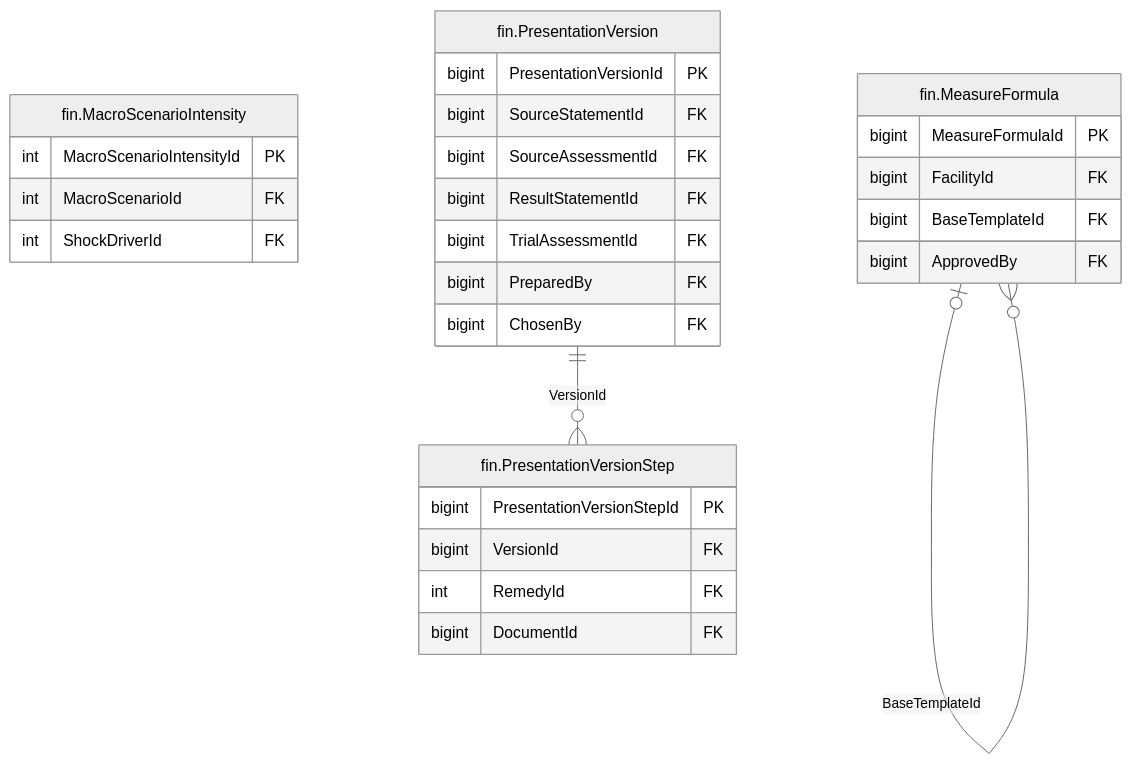
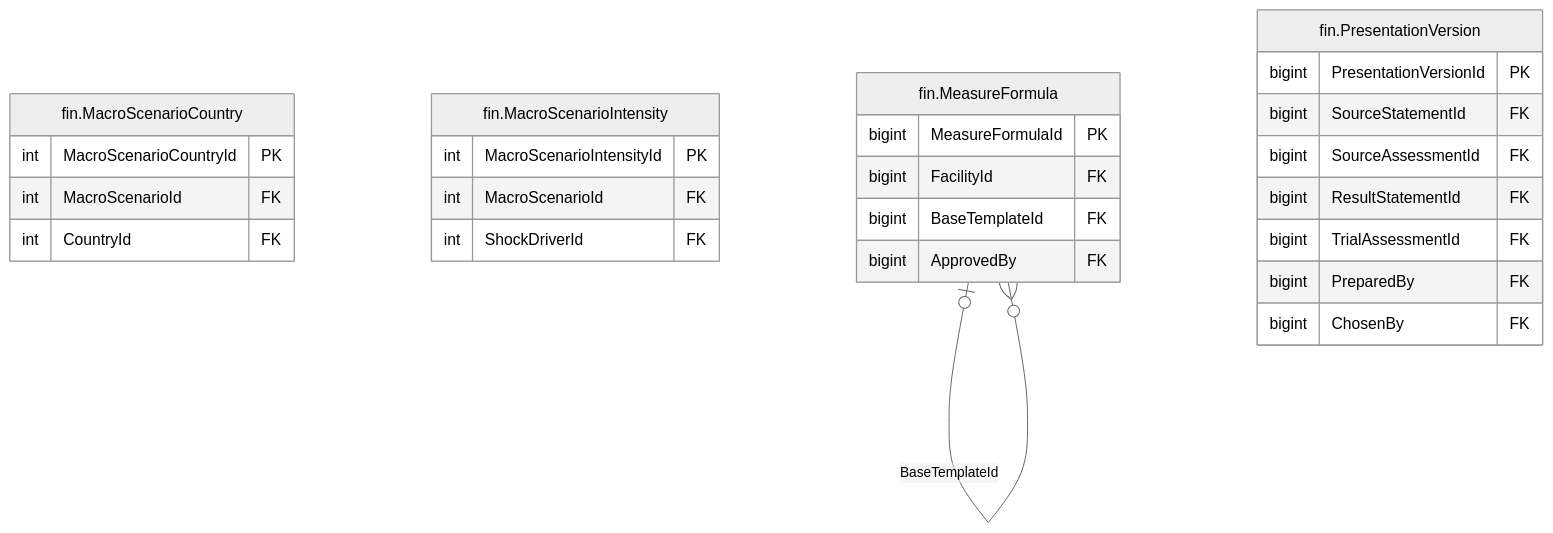
The diagram in treasury-platform/docs/diagrams/erd/m5_financials_9.mmd (thawrasy/smartlines), drawn with Mermaid (neutral theme) before and after one commit. The commit also changed 183 other files, not shown here.

```diff
--- a/treasury-platform/docs/diagrams/erd/m5_financials_9.mmd
+++ b/treasury-platform/docs/diagrams/erd/m5_financials_9.mmd
@@ -1,30 +1,28 @@
 %% م5 · البيانات المالية والأرصدة (9/14) — Financial statements & balances
 erDiagram
+  fin_MacroScenarioCountry["fin.MacroScenarioCountry"] {
+    int MacroScenarioCountryId PK
+    int MacroScenarioId FK
+    int CountryId FK
+  }
   fin_MacroScenarioIntensity["fin.MacroScenarioIntensity"] {
     int MacroScenarioIntensityId PK
     int MacroScenarioId FK
     int ShockDriverId FK
   }
   fin_MeasureFormula["fin.MeasureFormula"] {
     bigint MeasureFormulaId PK
     bigint FacilityId FK
     bigint BaseTemplateId FK
     bigint ApprovedBy FK
   }
   fin_PresentationVersion["fin.PresentationVersion"] {
     bigint PresentationVersionId PK
     bigint SourceStatementId FK
     bigint SourceAssessmentId FK
     bigint ResultStatementId FK
     bigint TrialAssessmentId FK
     bigint PreparedBy FK
     bigint ChosenBy FK
   }
-  fin_PresentationVersionStep["fin.PresentationVersionStep"] {
-    bigint PresentationVersionStepId PK
-    bigint VersionId FK
-    int RemedyId FK
-    bigint DocumentId FK
-  }
   fin_MeasureFormula |o--o{ fin_MeasureFormula : "BaseTemplateId"
-  fin_PresentationVersion ||--o{ fin_PresentationVersionStep : "VersionId"
```
